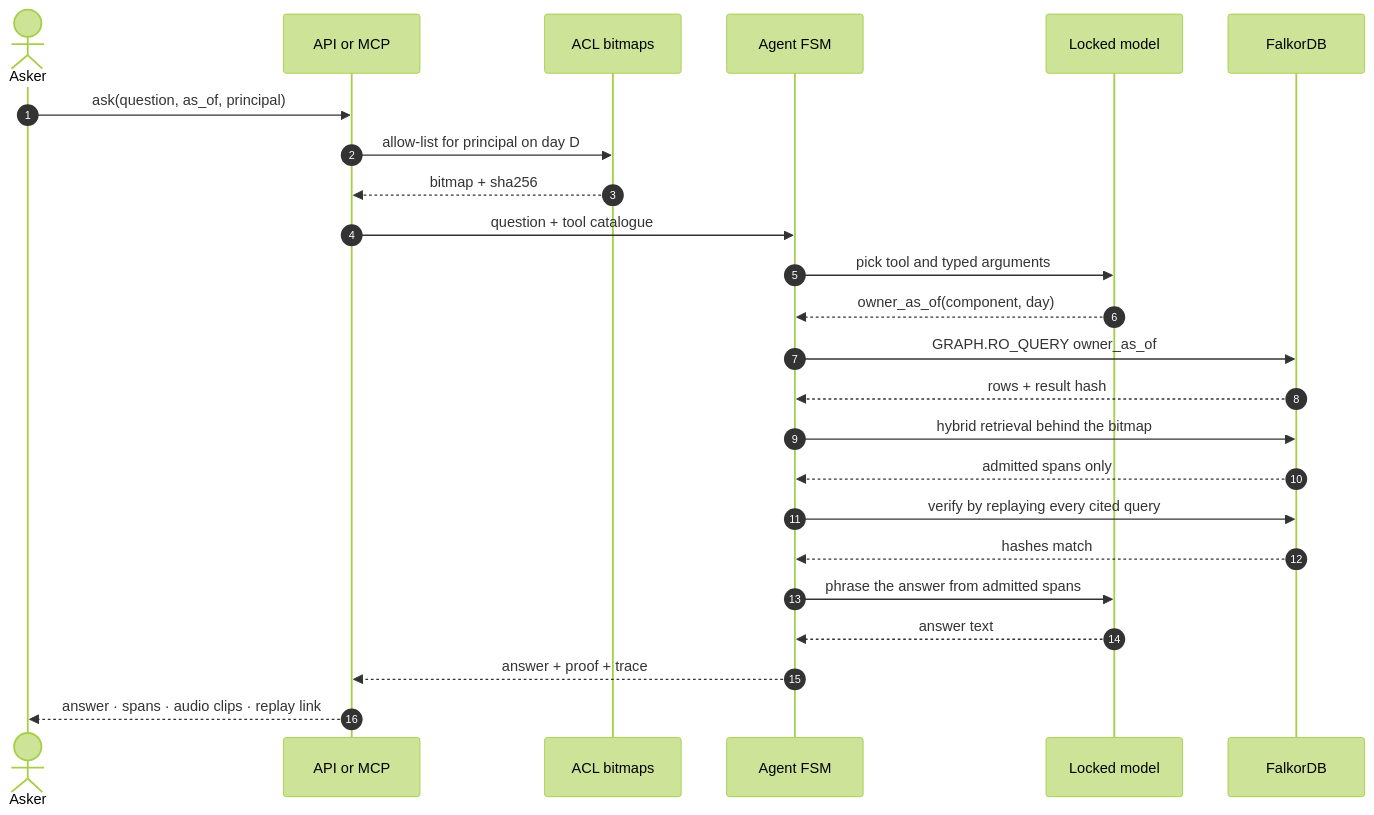
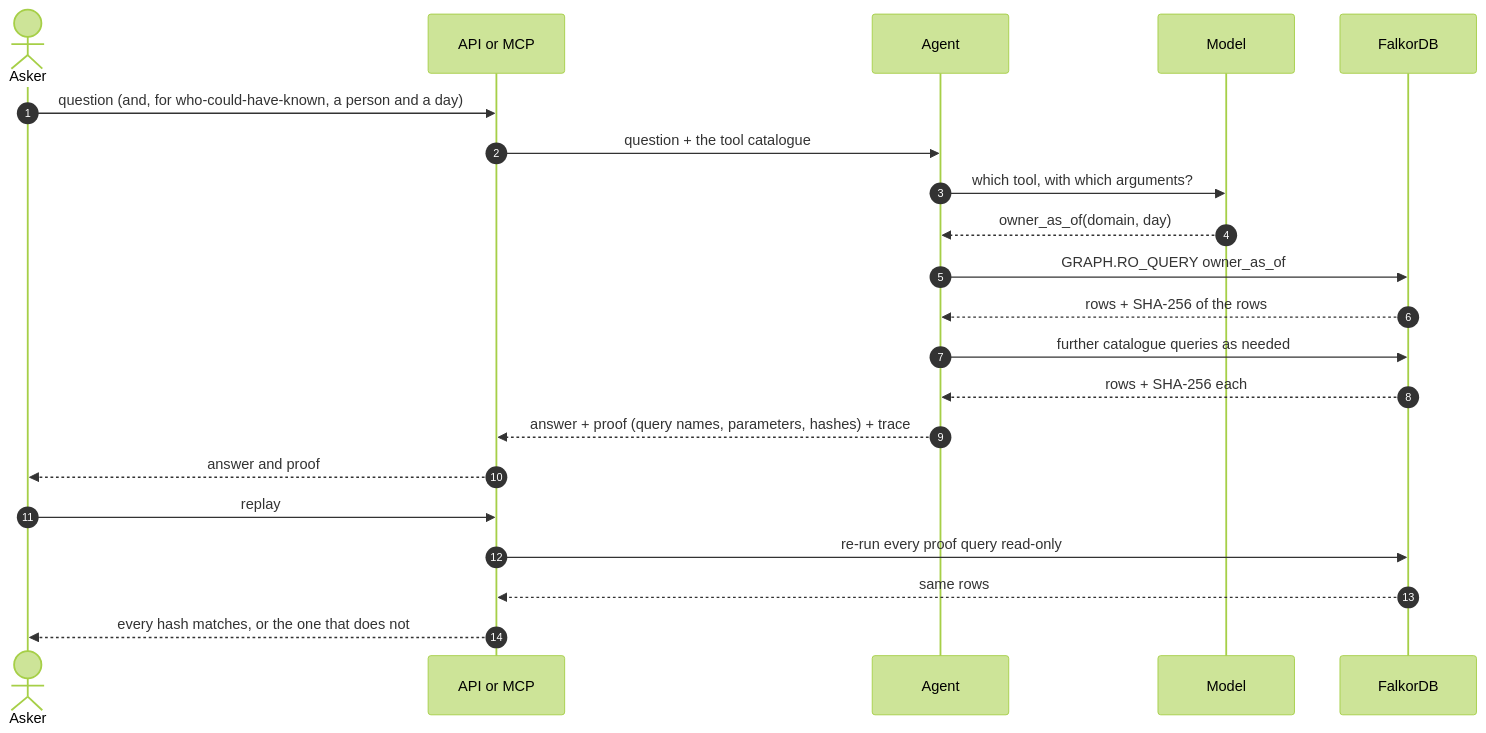
The third of 5 diagrams in README.md (simon-derock/constellation), drawn with Mermaid (forest theme) before and after one commit. The commit also changed other lines of this file and 1 other file, not shown here.

First line of the commit message:
Rewrite the README around the graph that is actually built

````diff
--- a/README.md
+++ b/README.md
@@ -112,26 +127,23 @@
 ```mermaid
 sequenceDiagram
   autonumber
   actor U as Asker
   participant API as API or MCP
-  participant ACL as ACL bitmaps
-  participant AG as Agent FSM
-  participant LLM as Locked model
+  participant AG as Agent
+  participant LLM as Model
   participant FDB as FalkorDB
-  U->>API: ask(question, as_of, principal)
-  API->>ACL: allow-list for principal on day D
-  ACL-->>API: bitmap + sha256
-  API->>AG: question + tool catalogue
-  AG->>LLM: pick tool and typed arguments
-  LLM-->>AG: owner_as_of(component, day)
+  U->>API: question (and, for who-could-have-known, a person and a day)
+  API->>AG: question + the tool catalogue
+  AG->>LLM: which tool, with which arguments?
+  LLM-->>AG: owner_as_of(domain, day)
   AG->>FDB: GRAPH.RO_QUERY owner_as_of
-  FDB-->>AG: rows + result hash
-  AG->>FDB: hybrid retrieval behind the bitmap
-  FDB-->>AG: admitted spans only
-  AG->>FDB: verify by replaying every cited query
-  FDB-->>AG: hashes match
-  AG->>LLM: phrase the answer from admitted spans
-  LLM-->>AG: answer text
-  AG-->>API: answer + proof + trace
-  API-->>U: answer · spans · audio clips · replay link
+  FDB-->>AG: rows + SHA-256 of the rows
+  AG->>FDB: further catalogue queries as needed
+  FDB-->>AG: rows + SHA-256 each
+  AG-->>API: answer + proof (query names, parameters, hashes) + trace
+  API-->>U: answer and proof
+  U->>API: replay
+  API->>FDB: re-run every proof query read-only
+  FDB-->>API: same rows
+  API-->>U: every hash matches, or the one that does not
 ```
````
